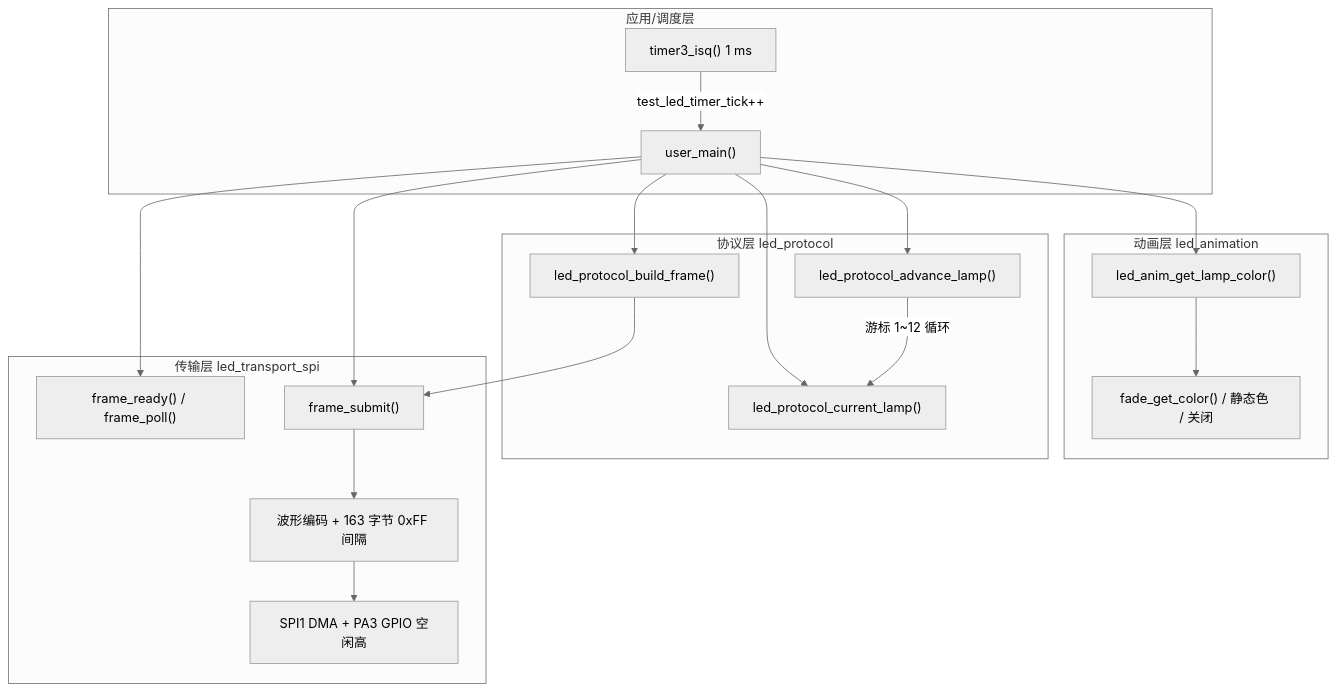
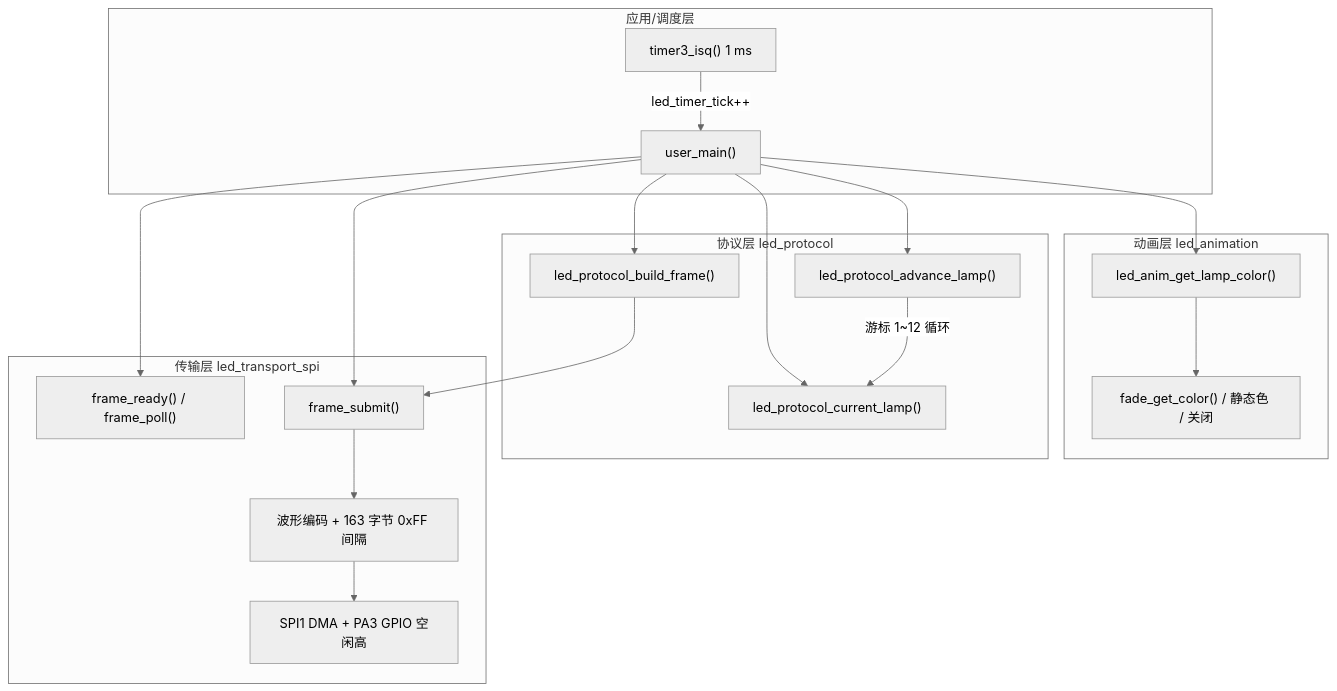
One commit to voidobserve/project-2026-10-22-AB2027A3-SOP16 changed the first of 6 diagrams in docs/LED三层架构与调用逻辑.md. Above: the diagram before and after it, drawn with Mermaid (neutral theme). The commit also changed other lines of this file and 1 other file, not shown here.

First line of the commit message:
feat(led): SPI 帧发送完成改为中断驱动，保留轮询与超时兜底

````diff
--- a/docs/LED三层架构与调用逻辑.md
+++ b/docs/LED三层架构与调用逻辑.md
@@ -85,38 +85,38 @@
 ```mermaid
 flowchart TB
     subgraph APP [应用/调度层]
         UM["user_main()"]
         TMR["timer3_isq() 1 ms"]
     end
 
     subgraph ANIM [动画层 led_animation]
         A1["led_anim_get_lamp_color()"]
         A2["fade_get_color() / 静态色 / 关闭"]
     end
 
     subgraph PROTO [协议层 led_protocol]
         P1["led_protocol_current_lamp()"]
         P2["led_protocol_build_frame()"]
         P3["led_protocol_advance_lamp()"]
     end
 
     subgraph TRANS [传输层 led_transport_spi]
         T1["frame_ready() / frame_poll()"]
         T2["frame_submit()"]
         T3["波形编码 + 163 字节 0xFF 间隔"]
         T4["SPI1 DMA + PA3 GPIO 空闲高"]
     end
 
-    TMR -->|test_led_timer_tick++| UM
+    TMR -->|led_timer_tick++| UM
     UM --> T1
     UM --> P1
     UM --> A1
     A1 --> A2
     UM --> P2
     UM --> T2
     P2 --> T2
     T2 --> T3
     T3 --> T4
     UM --> P3
     P3 -->|游标 1~12 循环| P1
 ```
````
